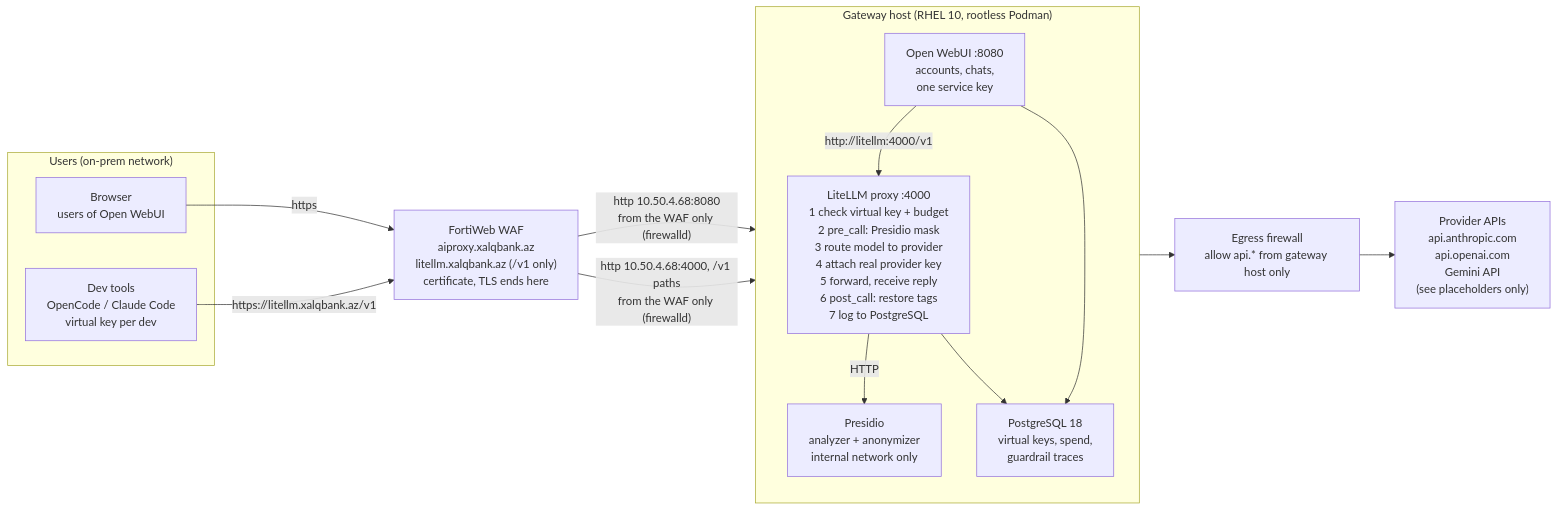
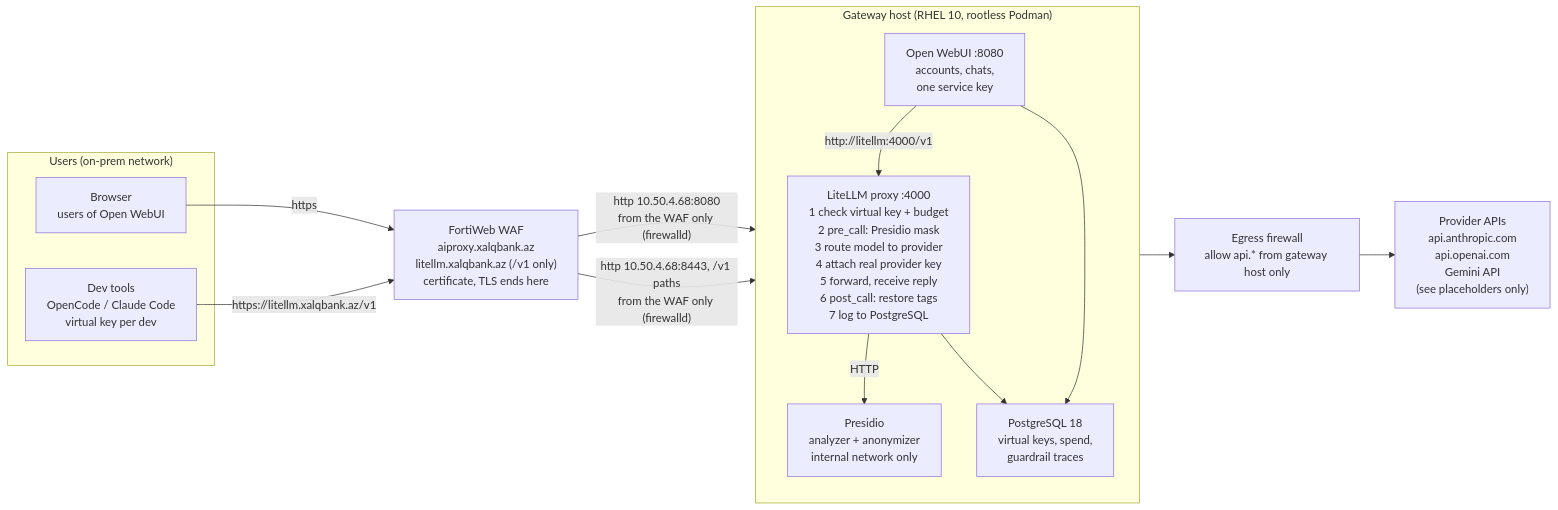
Before and after one commit to nafud/litellm: the diagram in README.md, drawn with Mermaid. The commit also changed other lines of this file and 4 other files, not shown here.

First line of the commit message:
LiteLLM WAF leg on host port 8443: the path from the WAF passes 443, 8080 and 8443 only

````diff
--- a/README.md
+++ b/README.md
@@ -14,26 +14,26 @@
 ```mermaid
 flowchart LR
   subgraph clients["Users (on-prem network)"]
     ui["Browser<br/>users of Open WebUI"]
     dev["Dev tools<br/>OpenCode / Claude Code<br/>virtual key per dev"]
   end
   subgraph host["Gateway host (RHEL 10, rootless Podman)"]
     direction TB
     owui["Open WebUI :8080<br/>accounts, chats,<br/>one service key"]
     litellm["LiteLLM proxy :4000<br/>1 check virtual key + budget<br/>2 pre_call: Presidio mask<br/>3 route model to provider<br/>4 attach real provider key<br/>5 forward, receive reply<br/>6 post_call: restore tags<br/>7 log to PostgreSQL"]
     presidio["Presidio<br/>analyzer + anonymizer<br/>internal network only"]
     pg["PostgreSQL 18<br/>virtual keys, spend,<br/>guardrail traces"]
     litellm -- HTTP --> presidio
     litellm --> pg
     owui --> pg
     owui -- "http://litellm:4000/v1" --> litellm
   end
   waf["FortiWeb WAF<br/>aiproxy.xalqbank.az<br/>litellm.xalqbank.az (/v1 only)<br/>certificate, TLS ends here"]
   fw["Egress firewall<br/>allow api.* from gateway host only"]
   prov["Provider APIs<br/>api.anthropic.com<br/>api.openai.com<br/>Gemini API<br/>(see placeholders only)"]
   ui -- "https" --> waf
   waf -- "http 10.50.4.68:8080<br/>from the WAF only (firewalld)" --> owui
   dev -- "https://litellm.xalqbank.az/v1" --> waf
-  waf -- "http 10.50.4.68:4000, /v1 paths<br/>from the WAF only (firewalld)" --> litellm
+  waf -- "http 10.50.4.68:8443, /v1 paths<br/>from the WAF only (firewalld)" --> litellm
   litellm --> fw --> prov
 ```
````
